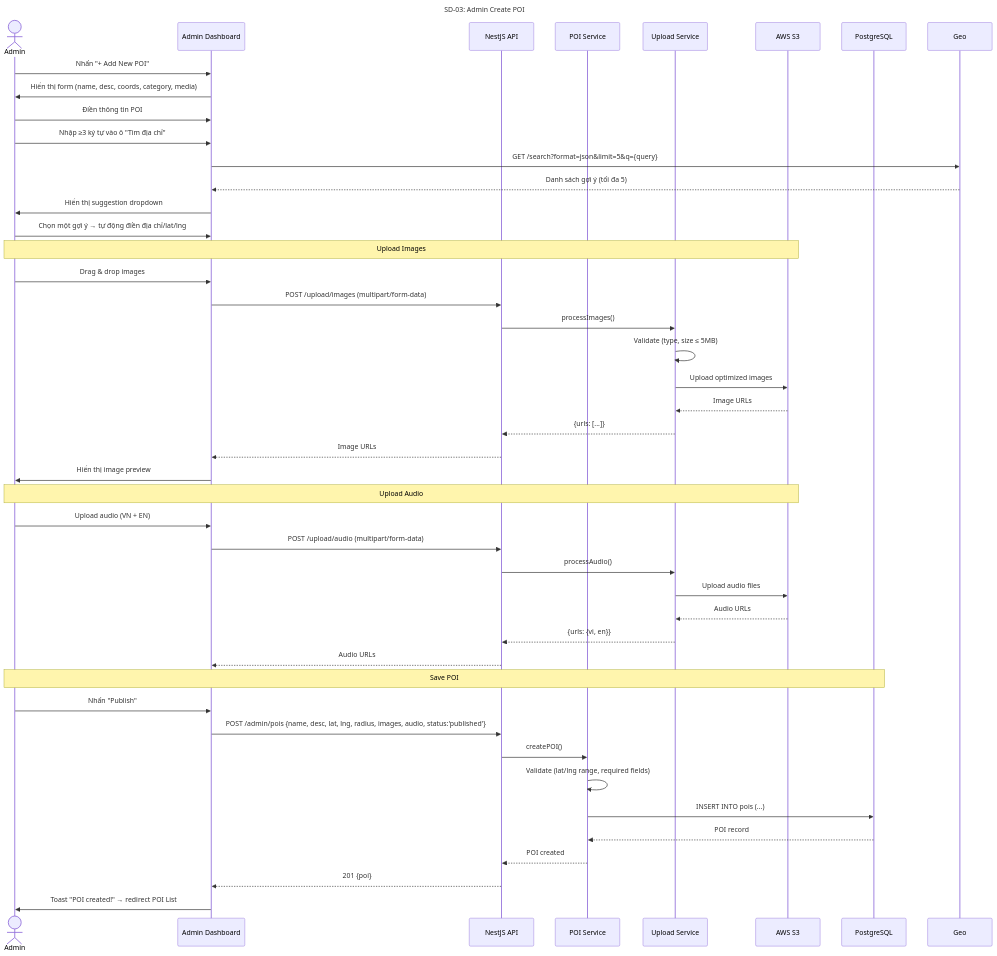
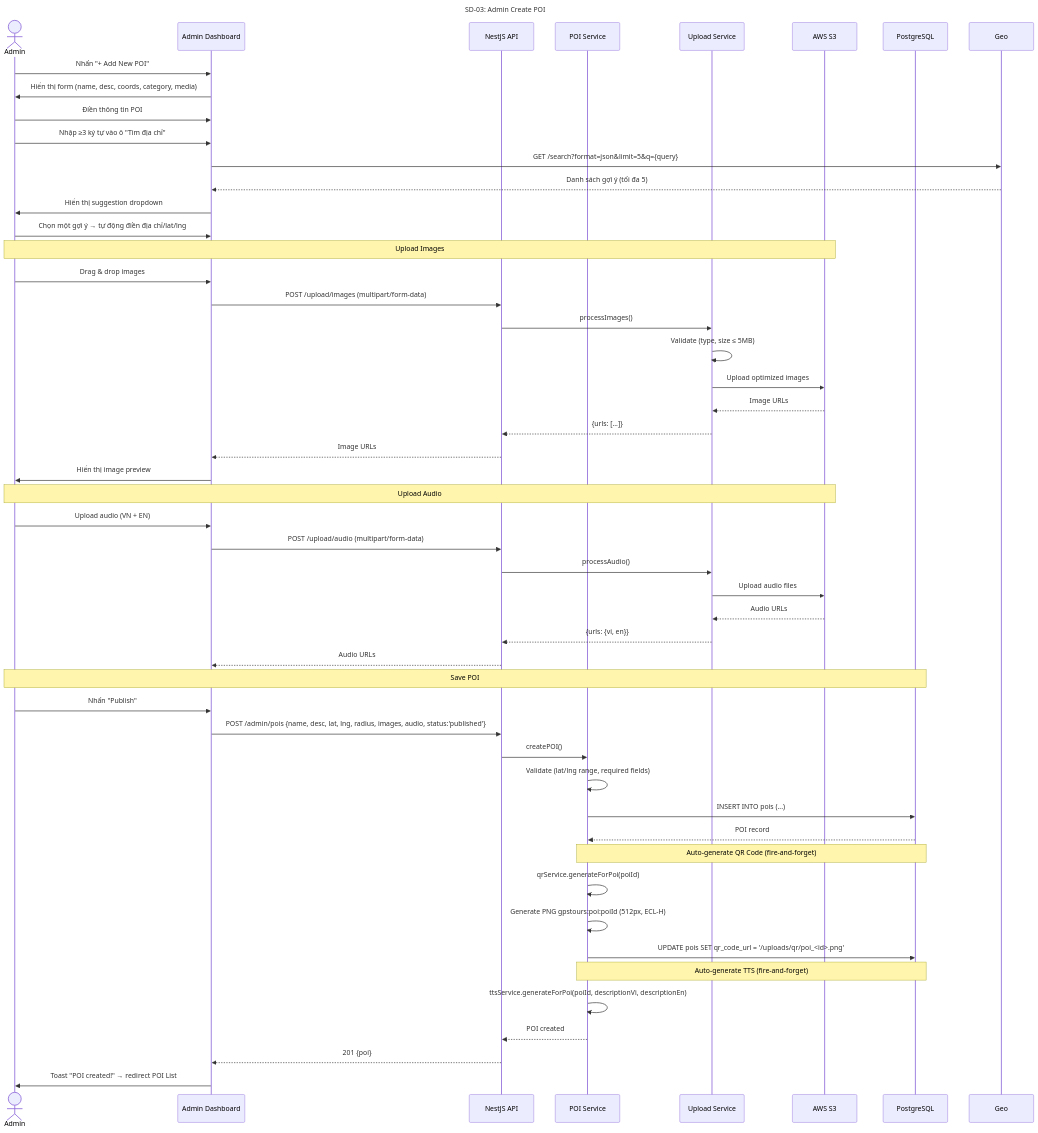
One commit to Ttuandatt/Seminar changed the third of 22 diagrams in docs/step3_prd/15_sequence_diagrams.md. Above: the diagram before and after it, drawn with Mermaid. The commit also changed other lines of this file and 15 other files, not shown here.

````diff
--- a/docs/step3_prd/15_sequence_diagrams.md
+++ b/docs/step3_prd/15_sequence_diagrams.md
@@ -139,52 +140,61 @@
 ```mermaid
 sequenceDiagram
     title SD-03: Admin Create POI
     actor Admin
     participant UI as Admin Dashboard
     participant API as NestJS API
     participant POI as POI Service
     participant Upload as Upload Service
     participant S3 as AWS S3
     participant DB as PostgreSQL
 
     Admin->>UI: Nhấn "+ Add New POI"
     UI->>Admin: Hiển thị form (name, desc, coords, category, media)
     
     Admin->>UI: Điền thông tin POI
     Admin->>UI: Nhập ≥3 ký tự vào ô "Tìm địa chỉ"
     UI->>Geo: GET /search?format=json&limit=5&q={query}
     Geo-->>UI: Danh sách gợi ý (tối đa 5)
     UI->>Admin: Hiển thị suggestion dropdown
     Admin->>UI: Chọn một gợi ý → tự động điền địa chỉ/lat/lng
 
     Note over Admin, S3: Upload Images
     Admin->>UI: Drag & drop images
     UI->>API: POST /upload/images (multipart/form-data)
     API->>Upload: processImages()
     Upload->>Upload: Validate (type, size ≤ 5MB)
     Upload->>S3: Upload optimized images
     S3-->>Upload: Image URLs
     Upload-->>API: {urls: [...]}
     API-->>UI: Image URLs
     UI->>Admin: Hiển thị image preview
 
     Note over Admin, S3: Upload Audio
     Admin->>UI: Upload audio (VN + EN)
     UI->>API: POST /upload/audio (multipart/form-data)
     API->>Upload: processAudio()
     Upload->>S3: Upload audio files
     S3-->>Upload: Audio URLs
     Upload-->>API: {urls: {vi, en}}
     API-->>UI: Audio URLs
 
     Note over Admin, DB: Save POI
     Admin->>UI: Nhấn "Publish"
     UI->>API: POST /admin/pois {name, desc, lat, lng, radius, images, audio, status:'published'}
     API->>POI: createPOI()
     POI->>POI: Validate (lat/lng range, required fields)
     POI->>DB: INSERT INTO pois (...)
     DB-->>POI: POI record
+
+    Note over POI, DB: Auto-generate QR Code (fire-and-forget)
+    POI->>POI: qrService.generateForPoi(poiId)
+    POI->>POI: Generate PNG gpstours:poi:poiId (512px, ECL-H)
+    POI->>DB: UPDATE pois SET qr_code_url = '/uploads/qr/poi_<id>.png'
+
+    Note over POI, DB: Auto-generate TTS (fire-and-forget)
+    POI->>POI: ttsService.generateForPoi(poiId, descriptionVi, descriptionEn)
+
     POI-->>API: POI created
     API-->>UI: 201 {poi}
     UI->>Admin: Toast "POI created!" → redirect POI List
 ```
````
